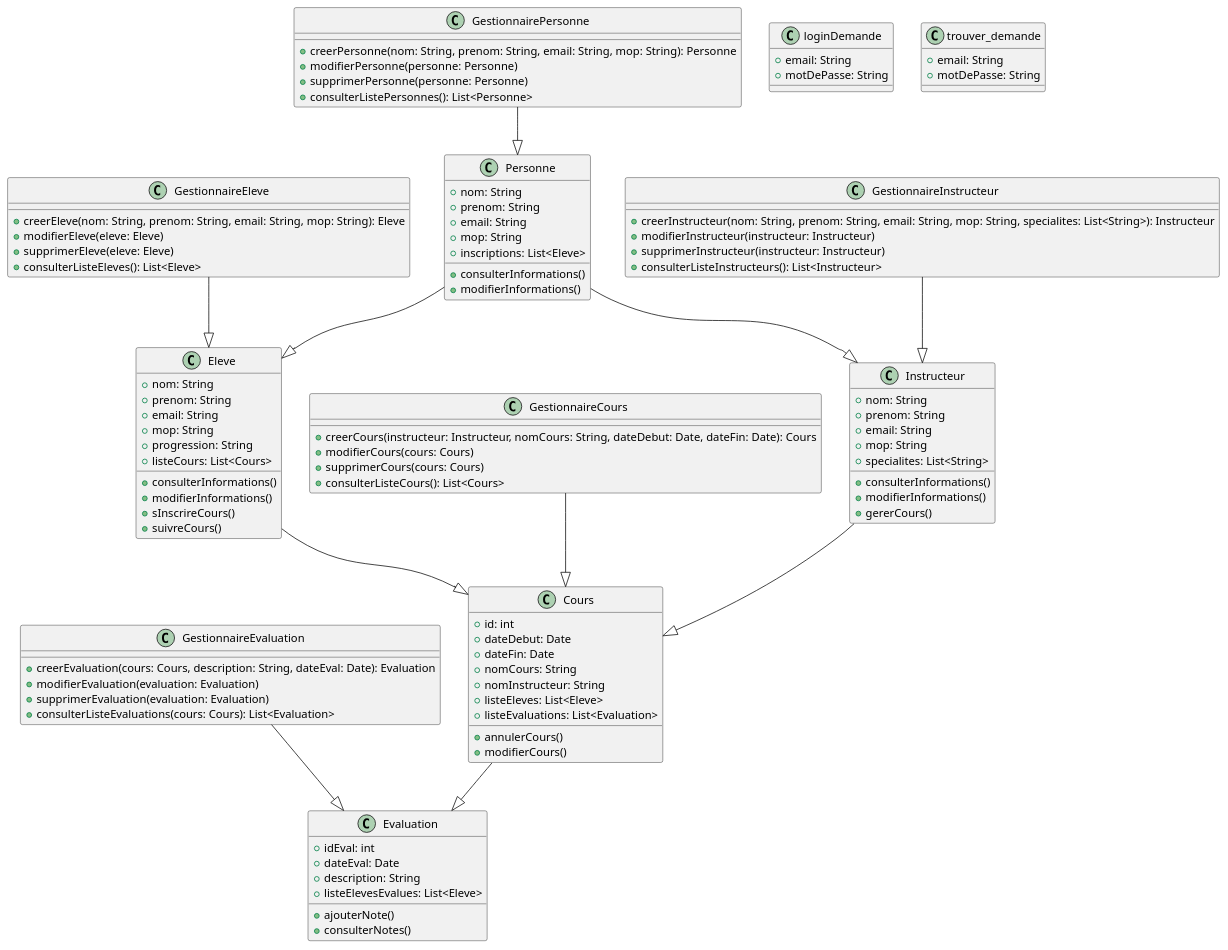
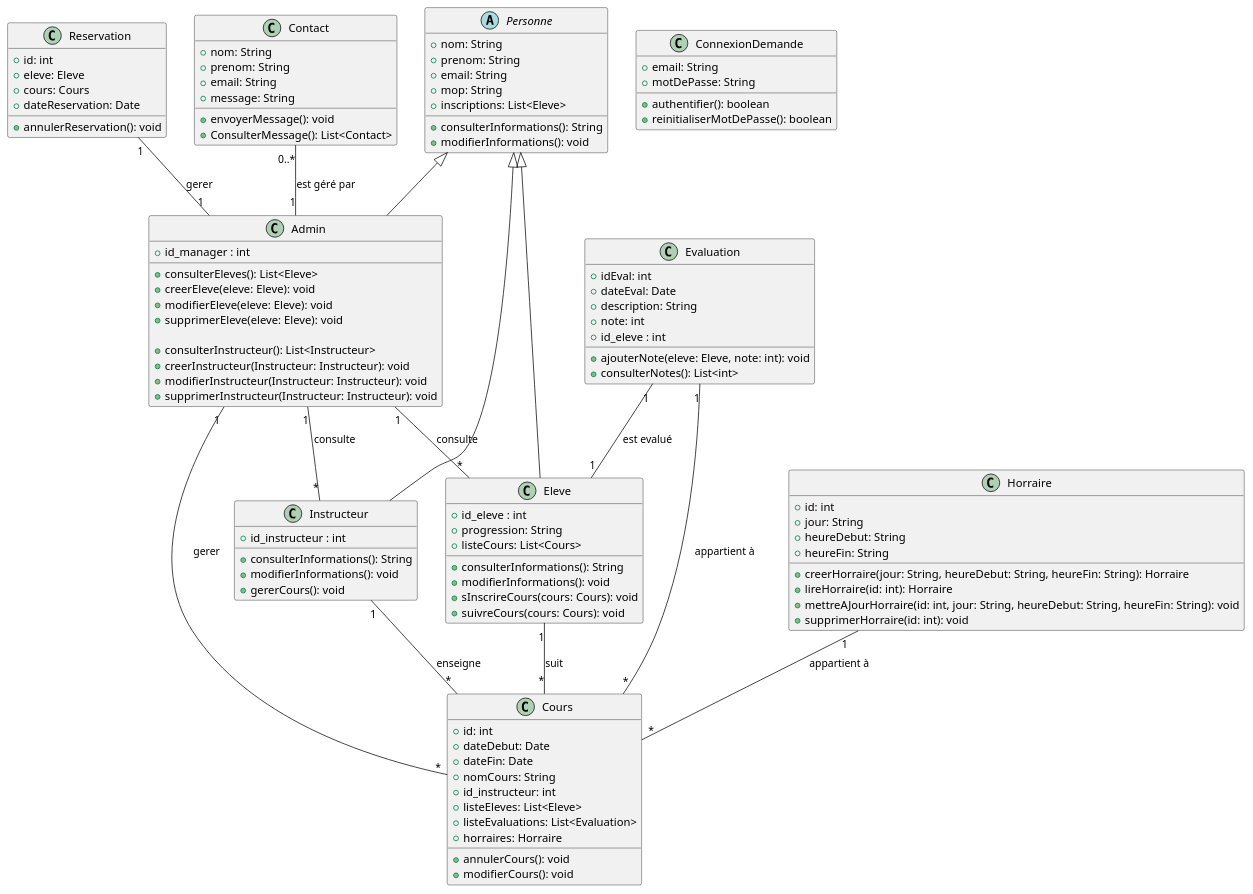
One commit to jerbi2026/Auto_ecole changed the diagram in Rendu 2/Diagramme de classe/diagramme_classe.pu. Above: the diagram before and after it, drawn with PlantUML. The commit also changed 14 other files, not shown here.

```diff
--- a/Rendu 2/Diagramme de classe/diagramme_classe.pu
+++ b/Rendu 2/Diagramme de classe/diagramme_classe.pu
@@ -1,122 +1,135 @@
 @startuml
 
-class Personne {
+abstract class Personne {
     + nom: String
     + prenom: String
     + email: String
     + mop: String
     + inscriptions: List<Eleve>
 
-    + consulterInformations()
-    + modifierInformations()
+    + consulterInformations(): String
+    + modifierInformations(): void
 }
 
 class Instructeur {
-    + nom: String
-    + prenom: String
-    + email: String
-    + mop: String
-    + specialites: List<String>
+    + id_instructeur : int
 
-    + consulterInformations()
-    + modifierInformations()
-    + gererCours()
+    + consulterInformations(): String
+    + modifierInformations(): void
+    + gererCours(): void
+}
+
+class Admin {
+    + id_manager : int
+
+    
+    + consulterEleves(): List<Eleve>
+    + creerEleve(eleve: Eleve): void
+    + modifierEleve(eleve: Eleve): void
+    + supprimerEleve(eleve: Eleve): void
+
+    + consulterInstructeur(): List<Instructeur>
+    + creerInstructeur(Instructeur: Instructeur): void
+    + modifierInstructeur(Instructeur: Instructeur): void
+    + supprimerInstructeur(Instructeur: Instructeur): void
 }
 
 class Eleve {
-    + nom: String
-    + prenom: String
-    + email: String
-    + mop: String
+    + id_eleve : int
     + progression: String
     + listeCours: List<Cours>
 
-    + consulterInformations()
-    + modifierInformations()
-    + sInscrireCours()
-    + suivreCours()
+    + consulterInformations(): String
+    + modifierInformations(): void
+    + sInscrireCours(cours: Cours): void
+    + suivreCours(cours: Cours): void
 }
+
+
+
+
 
 class Cours {
     + id: int
     + dateDebut: Date
     + dateFin: Date
     + nomCours: String
-    + nomInstructeur: String
+    + id_instructeur: int
     + listeEleves: List<Eleve>
     + listeEvaluations: List<Evaluation>
+    + horraires: Horraire
 
-    + annulerCours()
-    + modifierCours()
+    + annulerCours(): void
+    + modifierCours(): void
 }
 
 class Evaluation {
     + idEval: int
     + dateEval: Date
     + description: String
-    + listeElevesEvalues: List<Eleve>
+    + note: int
+    + id_eleve : int
 
-    + ajouterNote()
-    + consulterNotes()
+    + ajouterNote(eleve: Eleve, note: int): void
+    + consulterNotes(): List<int>
 }
 
-class GestionnairePersonne {
-    + creerPersonne(nom: String, prenom: String, email: String, mop: String): Personne
-    + modifierPersonne(personne: Personne)
-    + supprimerPersonne(personne: Personne)
-    + consulterListePersonnes(): List<Personne>
+
+class Reservation {
+    + id: int
+    + eleve: Eleve
+    + cours: Cours
+    + dateReservation: Date
+
+    + annulerReservation(): void
 }
 
-class GestionnaireInstructeur {
-    + creerInstructeur(nom: String, prenom: String, email: String, mop: String, specialites: List<String>): Instructeur
-    + modifierInstructeur(instructeur: Instructeur)
-    + supprimerInstructeur(instructeur: Instructeur)
-    + consulterListeInstructeurs(): List<Instructeur>
+class ConnexionDemande {
+    + email: String
+    + motDePasse: String
+
+    + authentifier(): boolean
+    + reinitialiserMotDePasse(): boolean
 }
 
-class GestionnaireEleve {
-    + creerEleve(nom: String, prenom: String, email: String, mop: String): Eleve
-    + modifierEleve(eleve: Eleve)
-    + supprimerEleve(eleve: Eleve)
-    + consulterListeEleves(): List<Eleve>
-}
+class Horraire {
+    + id: int
+    + jour: String
+    + heureDebut: String
+    + heureFin: String
 
-class GestionnaireCours {
-    + creerCours(instructeur: Instructeur, nomCours: String, dateDebut: Date, dateFin: Date): Cours
-    + modifierCours(cours: Cours)
-    + supprimerCours(cours: Cours)
-    + consulterListeCours(): List<Cours>
-}
-
-class GestionnaireEvaluation {
-    + creerEvaluation(cours: Cours, description: String, dateEval: Date): Evaluation
-    + modifierEvaluation(evaluation: Evaluation)
-    + supprimerEvaluation(evaluation: Evaluation)
-    + consulterListeEvaluations(cours: Cours): List<Evaluation>
-}
-
-class loginDemande{
-    + email: String
-    + motDePasse: String
-}
-
-class trouver_demande{
-    + email: String
-    + motDePasse: String
+    + creerHorraire(jour: String, heureDebut: String, heureFin: String): Horraire
+    + lireHorraire(id: int): Horraire
+    + mettreAJourHorraire(id: int, jour: String, heureDebut: String, heureFin: String): void
+    + supprimerHorraire(id: int): void
 }
 
 
 
+class Contact{
+    + nom: String
+    + prenom: String
+    + email: String
+    + message: String
 
-Personne --|> Eleve
-Personne --|> Instructeur
-Instructeur --|> Cours
-Eleve --|> Cours
-Cours --|> Evaluation
-GestionnairePersonne --|> Personne
-GestionnaireInstructeur --|> Instructeur
-GestionnaireEleve --|> Eleve
-GestionnaireCours --|> Cours
-GestionnaireEvaluation --|> Evaluation
+    + envoyerMessage(): void
+    + ConsulterMessage(): List<Contact>
+
+}
+
+Personne <|-- Instructeur
+Personne <|-- Eleve
+Personne <|-- Admin
+Reservation "1" -- "1" Admin : "gerer"
+Instructeur "1" -- "*" Cours : "enseigne"
+Eleve "1" -- "*" Cours : "suit"
+Admin "1" -- "*" Cours : "gerer"
+Evaluation "1" -- "1" Eleve : "est evalué"
+Evaluation "1" -- "*" Cours : "appartient à"
+Admin "1" -- "*" Instructeur : "consulte"
+Admin "1" -- "*" Eleve : "consulte"
+Horraire "1" -- "*" Cours : "appartient à"
+Contact "0..*" -- "1" Admin : "est géré par"
+
 
 @enduml
```
